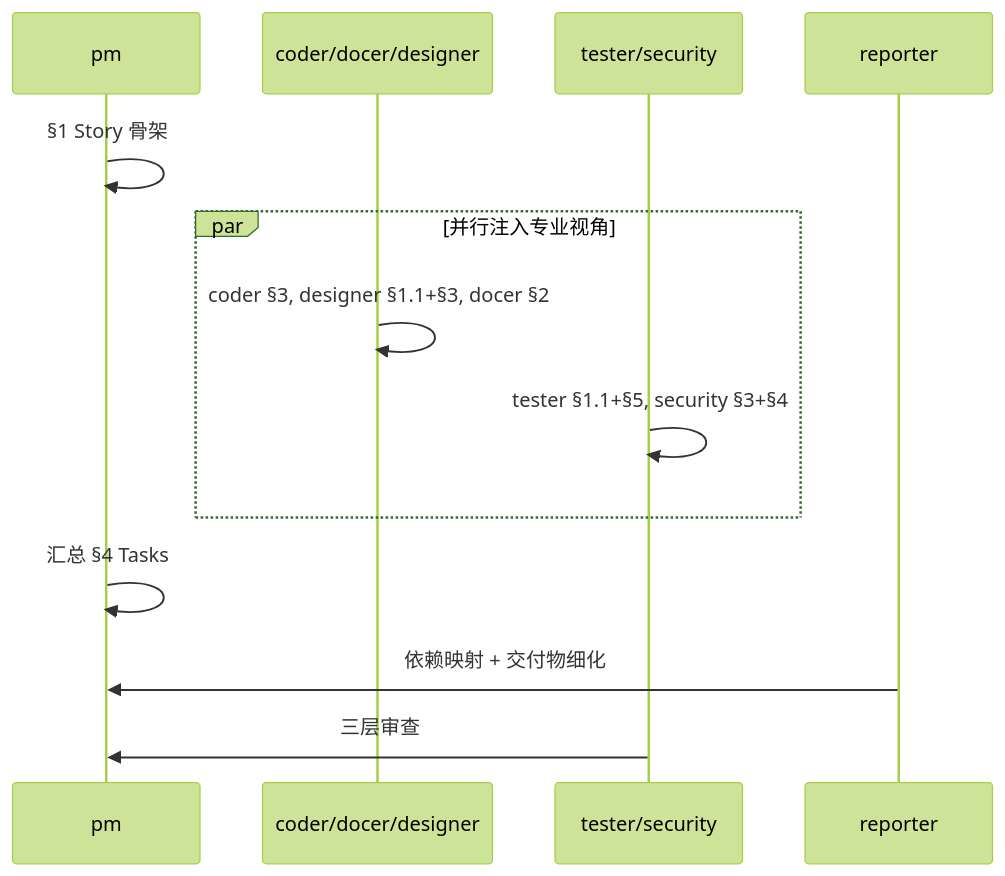
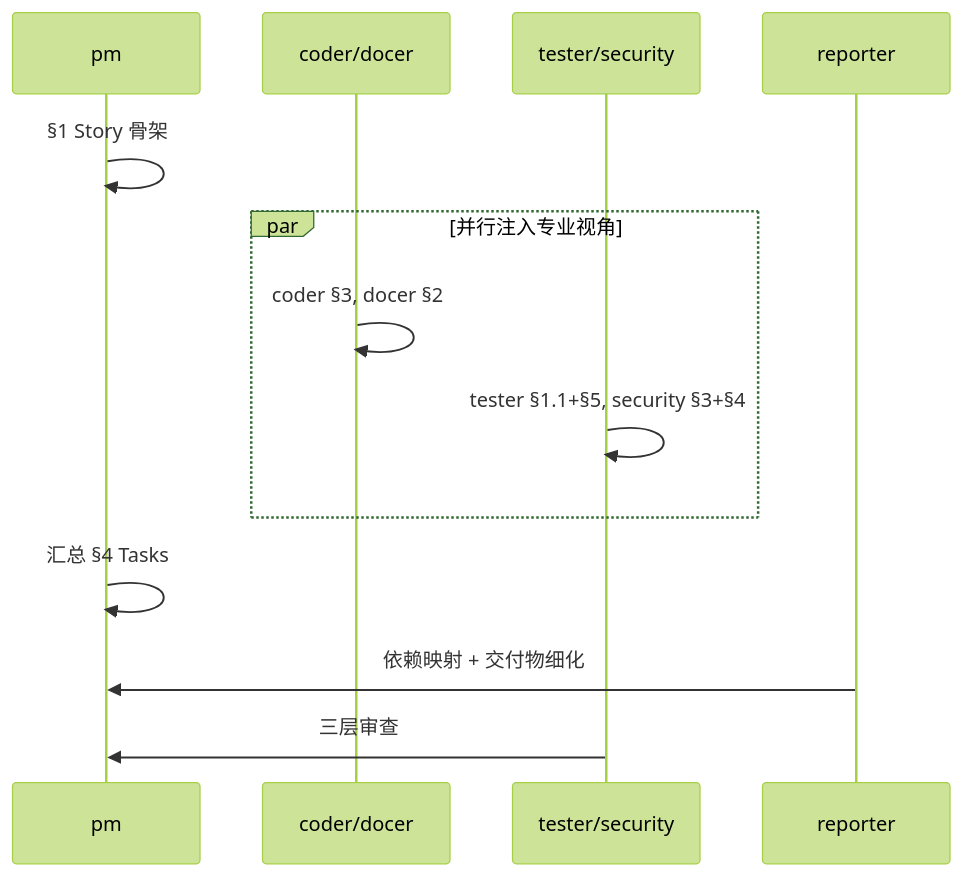
Before and after one commit to effiy/YrY: the fourth of 7 diagrams in skills/rui/SKILL.md, drawn with Mermaid (forest theme). The commit also changed other lines of this file and 6 other files, not shown here.

````diff
--- a/skills/rui/SKILL.md
+++ b/skills/rui/SKILL.md
@@ -154,16 +158,16 @@
 ```mermaid
 sequenceDiagram
     participant PM as pm
-    participant DS as coder/docer/designer
+    participant DS as coder/docer
     participant TS as tester/security
     participant RP as reporter
 
     PM->>PM: §1 Story 骨架
     par 并行注入专业视角
-        DS->>DS: coder §3, designer §1.1+§3, docer §2
+        DS->>DS: coder §3, docer §2
         TS->>TS: tester §1.1+§5, security §3+§4
     end
     PM->>PM: 汇总 §4 Tasks
     RP->>PM: 依赖映射 + 交付物细化
     TS->>PM: 三层审查
 ```
````
